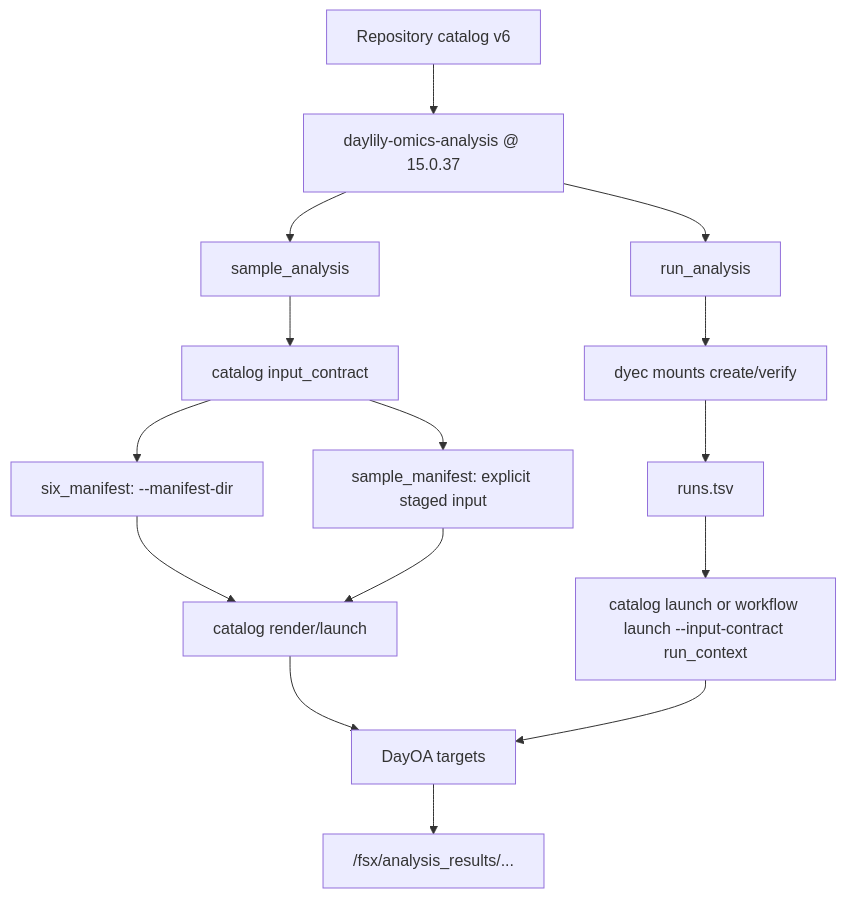
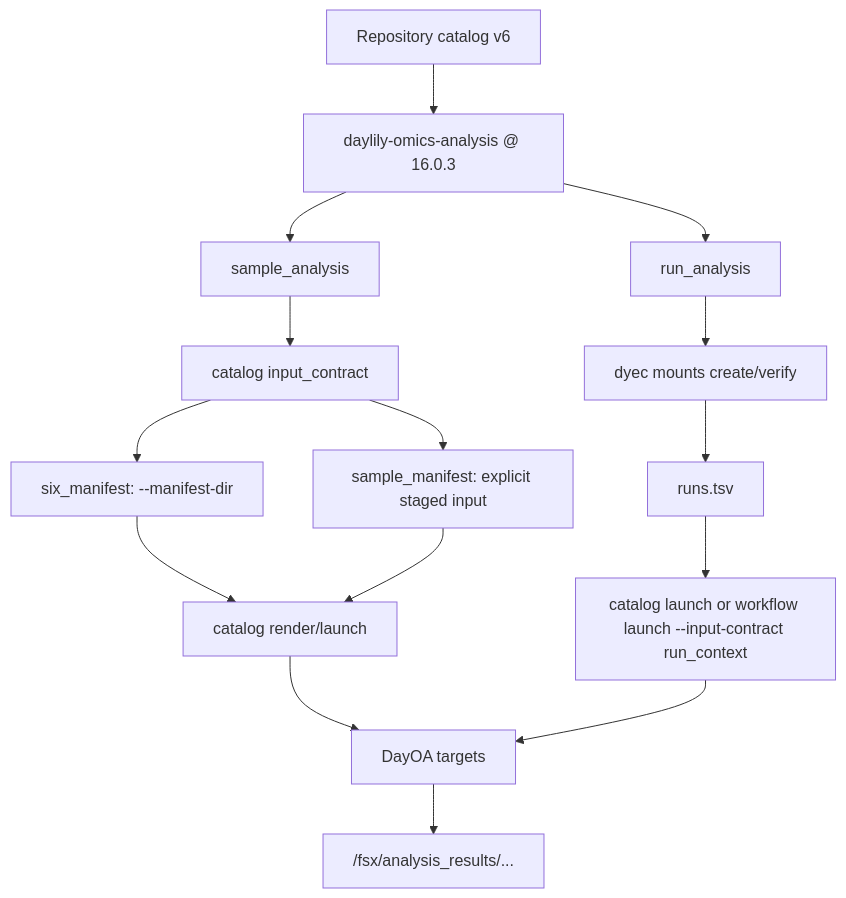
The third of 3 diagrams in docs/dra_fsx_strategy.md (Daylily-Informatics/daylily-ephemeral-cluster), drawn with Mermaid before and after one commit. The commit also changed other lines of this file and 51 other files, not shown here.

````diff
--- a/docs/dra_fsx_strategy.md
+++ b/docs/dra_fsx_strategy.md
@@ -109,20 +109,20 @@
 ```mermaid
 flowchart TB
-  Catalog["Repository catalog v6"] --> Repo["daylily-omics-analysis @ 15.0.37"]
+  Catalog["Repository catalog v6"] --> Repo["daylily-omics-analysis @ 16.0.3"]
   Repo --> Sample["sample_analysis"]
   Repo --> Run["run_analysis"]
 
   Sample --> Contract["catalog input_contract"]
   Contract --> Six["six_manifest: --manifest-dir"]
   Contract --> Legacy["sample_manifest: explicit staged input"]
   Six --> LaunchA["catalog render/launch"]
   Legacy --> LaunchA
 
   Run --> Mount["dyec mounts create/verify"]
   Mount --> Runs["runs.tsv"]
   Runs --> LaunchB["catalog launch or workflow launch --input-contract run_context"]
 
   LaunchA --> DayOA["DayOA targets"]
   LaunchB --> DayOA
   DayOA --> Results["/fsx/analysis_results/..."]
 ```
````
